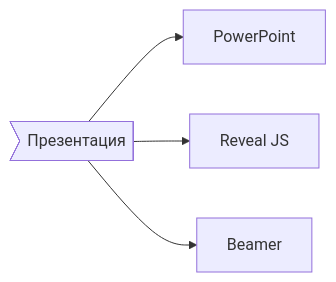
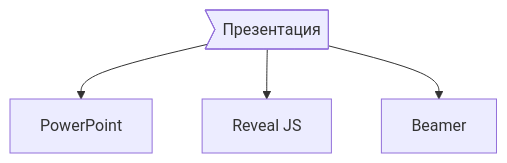
The fourth of 7 diagrams in 01-Quarto/otus-reveal.qmd (Marwolaeth/OTUS_R4DA), drawn with Mermaid before and after one commit. The commit also changed other lines of this file and 6 other files, not shown here.

````diff
--- a/01-Quarto/otus-reveal.qmd
+++ b/01-Quarto/otus-reveal.qmd
@@ -425,10 +498,10 @@
 ```{mermaid quarto-docs-pres}
-flowchart LR
+flowchart TD
  typeP>Презентация]
  
  formatPP[PowerPoint]
  formatRJS[Reveal JS]
  formatBeamer[Beamer]
 
  typeP --> formatPP  & formatRJS &  formatBeamer
 ```
````
